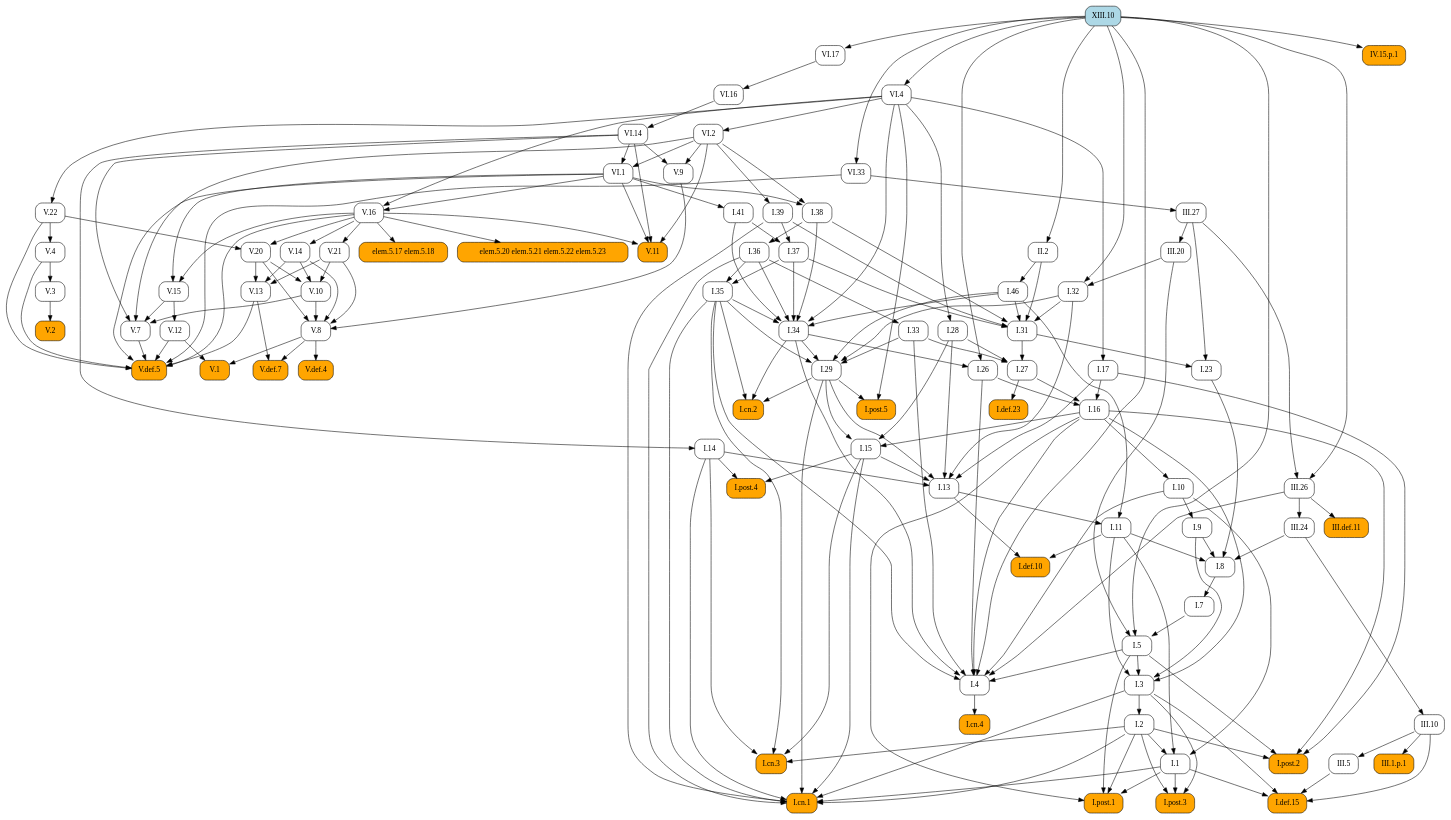
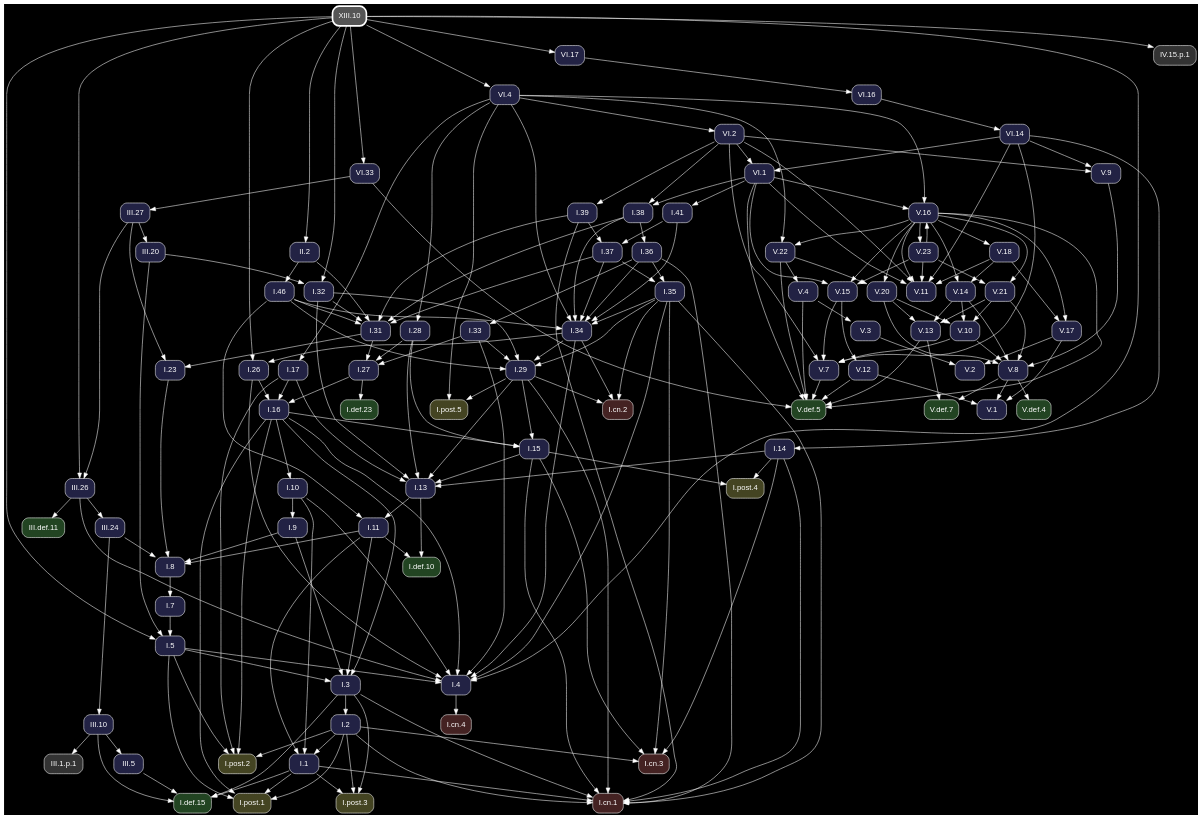
Before and after one commit to geometor/elements: the diagram in docsrc/heath/XIII/10/index.rst, drawn with Graphviz. The commit also changed other lines of this file and 1200 other files, not shown here.

Commit message:
update dependency graphs

```diff
--- a/docsrc/heath/XIII/10/index.rst
+++ b/docsrc/heath/XIII/10/index.rst
@@ -73,162 +73,232 @@
 .. graphviz::
 
    digraph {
+     bgcolor="black";
+     node [shape=box, style="rounded,filled", fontname="Helvetica", color="white", fontcolor="white"];
+     edge [color="white", fontcolor="white"];
      rankdir="TB";
-     node [shape=box, style=rounded];
-     "I.23" [URL="/heath/I/23/", target="_top"];
-     "I.9" [URL="/heath/I/9/", target="_top"];
-     "III.24" [URL="/heath/III/24/", target="_top"];
-     "I.def.15" [style="rounded,filled", fillcolor=orange, URL="/heath/I/def.15/", target="_top"];
-     "V.13" [URL="/heath/V/13/", target="_top"];
-     "IV.15.p.1" [style="rounded,filled", fillcolor=orange];
-     "V.7" [URL="/heath/V/7/", target="_top"];
-     "elem.5.17 elem.5.18" [style="rounded,filled", fillcolor=orange];
-     "I.post.1" [style="rounded,filled", fillcolor=orange, URL="/heath/I/post.1/", target="_top"];
-     "V.14" [URL="/heath/V/14/", target="_top"];
-     "III.20" [URL="/heath/III/20/", target="_top"];
-     "V.9" [URL="/heath/V/9/", target="_top"];
-     "I.31" [URL="/heath/I/31/", target="_top"];
-     "I.def.10" [style="rounded,filled", fillcolor=orange, URL="/heath/I/def.10/", target="_top"];
-     "V.10" [URL="/heath/V/10/", target="_top"];
-     "V.4" [URL="/heath/V/4/", target="_top"];
-     "VI.1" [URL="/heath/VI/1/", target="_top"];
-     "VI.14" [URL="/heath/VI/14/", target="_top"];
-     "I.39" [URL="/heath/I/39/", target="_top"];
-     "I.14" [URL="/heath/I/14/", target="_top"];
-     "V.11" [style="rounded,filled", fillcolor=orange, URL="/heath/V/11/", target="_top"];
-     "I.34" [URL="/heath/I/34/", target="_top"];
-     "I.3" [URL="/heath/I/3/", target="_top"];
-     "V.def.4" [style="rounded,filled", fillcolor=orange, URL="/heath/V/def.4/", target="_top"];
-     "V.def.7" [style="rounded,filled", fillcolor=orange, URL="/heath/V/def.7/", target="_top"];
-     "I.2" [URL="/heath/I/2/", target="_top"];
-     "V.21" [URL="/heath/V/21/", target="_top"];
-     "V.3" [URL="/heath/V/3/", target="_top"];
-     "I.13" [URL="/heath/I/13/", target="_top"];
-     "I.post.4" [style="rounded,filled", fillcolor=orange, URL="/heath/I/post.4/", target="_top"];
-     "I.4" [URL="/heath/I/4/", target="_top"];
-     "I.1" [URL="/heath/I/1/", target="_top"];
-     "I.8" [URL="/heath/I/8/", target="_top"];
-     "I.17" [URL="/heath/I/17/", target="_top"];
-     "I.29" [URL="/heath/I/29/", target="_top"];
-     "I.38" [URL="/heath/I/38/", target="_top"];
-     "V.8" [URL="/heath/V/8/", target="_top"];
-     "I.15" [URL="/heath/I/15/", target="_top"];
-     "II.2" [URL="/heath/II/2/", target="_top"];
-     "I.10" [URL="/heath/I/10/", target="_top"];
-     "I.11" [URL="/heath/I/11/", target="_top"];
-     "I.def.23" [style="rounded,filled", fillcolor=orange, URL="/heath/I/def.23/", target="_top"];
-     "XIII.10" [style="rounded,filled", fillcolor=lightblue, URL="/heath/XIII/10/", target="_top"];
-     "VI.4" [URL="/heath/VI/4/", target="_top"];
-     "I.46" [URL="/heath/I/46/", target="_top"];
-     "I.26" [URL="/heath/I/26/", target="_top"];
-     "V.16" [URL="/heath/V/16/", target="_top"];
-     "VI.16" [URL="/heath/VI/16/", target="_top"];
-     "I.33" [URL="/heath/I/33/", target="_top"];
-     "I.32" [URL="/heath/I/32/", target="_top"];
-     "III.def.11" [style="rounded,filled", fillcolor=orange, URL="/heath/III/def.11/", target="_top"];
-     "I.post.3" [style="rounded,filled", fillcolor=orange, URL="/heath/I/post.3/", target="_top"];
-     "V.def.5" [style="rounded,filled", fillcolor=orange, URL="/heath/V/def.5/", target="_top"];
-     "III.10" [URL="/heath/III/10/", target="_top"];
-     "I.27" [URL="/heath/I/27/", target="_top"];
-     "V.20" [URL="/heath/V/20/", target="_top"];
-     "V.12" [URL="/heath/V/12/", target="_top"];
-     "III.5" [URL="/heath/III/5/", target="_top"];
-     "I.35" [URL="/heath/I/35/", target="_top"];
-     "I.cn.1" [style="rounded,filled", fillcolor=orange, URL="/heath/I/cn.1/", target="_top"];
-     "V.2" [style="rounded,filled", fillcolor=orange, URL="/heath/V/2/", target="_top"];
-     "I.7" [URL="/heath/I/7/", target="_top"];
-     "III.26" [URL="/heath/III/26/", target="_top"];
-     "III.27" [URL="/heath/III/27/", target="_top"];
-     "I.36" [URL="/heath/I/36/", target="_top"];
-     "I.5" [URL="/heath/I/5/", target="_top"];
-     "I.37" [URL="/heath/I/37/", target="_top"];
-     "I.cn.3" [style="rounded,filled", fillcolor=orange, URL="/heath/I/cn.3/", target="_top"];
-     "I.16" [URL="/heath/I/16/", target="_top"];
-     "VI.33" [URL="/heath/VI/33/", target="_top"];
-     "V.1" [style="rounded,filled", fillcolor=orange, URL="/heath/V/1/", target="_top"];
-     "III.1.p.1" [style="rounded,filled", fillcolor=orange];
-     "V.22" [URL="/heath/V/22/", target="_top"];
-     "I.cn.2" [style="rounded,filled", fillcolor=orange, URL="/heath/I/cn.2/", target="_top"];
-     "I.post.5" [style="rounded,filled", fillcolor=orange, URL="/heath/I/post.5/", target="_top"];
-     "I.28" [URL="/heath/I/28/", target="_top"];
-     "VI.17" [URL="/heath/VI/17/", target="_top"];
-     "I.cn.4" [style="rounded,filled", fillcolor=orange, URL="/heath/I/cn.4/", target="_top"];
-     "V.15" [URL="/heath/V/15/", target="_top"];
-     "VI.2" [URL="/heath/VI/2/", target="_top"];
-     "I.post.2" [style="rounded,filled", fillcolor=orange, URL="/heath/I/post.2/", target="_top"];
-     "I.41" [URL="/heath/I/41/", target="_top"];
-     "elem.5.20 elem.5.21 elem.5.22 elem.5.23" [style="rounded,filled", fillcolor=orange];
-     "I.31" -> "I.23";
-     "III.27" -> "I.23";
-     "I.10" -> "I.9";
-     "III.26" -> "III.24";
-     "I.1" -> "I.def.15";
-     "I.3" -> "I.def.15";
-     "III.5" -> "I.def.15";
-     "III.10" -> "I.def.15";
+     "V.15" [fillcolor="#222244", URL="/heath/V/15/", target="_top"];
+     "IV.15.p.1" [fillcolor="#333333"];
+     "I.32" [fillcolor="#222244", URL="/heath/I/32/", target="_top"];
+     "I.cn.1" [fillcolor="#442222", URL="/heath/I/cn.1/", target="_top"];
+     "V.18" [fillcolor="#222244", URL="/heath/V/18/", target="_top"];
+     "V.14" [fillcolor="#222244", URL="/heath/V/14/", target="_top"];
+     "XIII.10" [penwidth=3, color="white", fillcolor="#555555", URL="/heath/XIII/10/", target="_top"];
+     "I.28" [fillcolor="#222244", URL="/heath/I/28/", target="_top"];
+     "I.27" [fillcolor="#222244", URL="/heath/I/27/", target="_top"];
+     "V.23" [fillcolor="#222244", URL="/heath/V/23/", target="_top"];
+     "I.2" [fillcolor="#222244", URL="/heath/I/2/", target="_top"];
+     "I.41" [fillcolor="#222244", URL="/heath/I/41/", target="_top"];
+     "I.post.4" [fillcolor="#444422", URL="/heath/I/post.4/", target="_top"];
+     "I.26" [fillcolor="#222244", URL="/heath/I/26/", target="_top"];
+     "I.8" [fillcolor="#222244", URL="/heath/I/8/", target="_top"];
+     "V.4" [fillcolor="#222244", URL="/heath/V/4/", target="_top"];
+     "III.27" [fillcolor="#222244", URL="/heath/III/27/", target="_top"];
+     "V.16" [fillcolor="#222244", URL="/heath/V/16/", target="_top"];
+     "VI.2" [fillcolor="#222244", URL="/heath/VI/2/", target="_top"];
+     "III.1.p.1" [fillcolor="#333333"];
+     "I.7" [fillcolor="#222244", URL="/heath/I/7/", target="_top"];
+     "I.5" [fillcolor="#222244", URL="/heath/I/5/", target="_top"];
+     "III.26" [fillcolor="#222244", URL="/heath/III/26/", target="_top"];
+     "V.11" [fillcolor="#222244", URL="/heath/V/11/", target="_top"];
+     "V.def.4" [fillcolor="#224422", URL="/heath/V/def.4/", target="_top"];
+     "V.20" [fillcolor="#222244", URL="/heath/V/20/", target="_top"];
+     "I.11" [fillcolor="#222244", URL="/heath/I/11/", target="_top"];
+     "I.37" [fillcolor="#222244", URL="/heath/I/37/", target="_top"];
+     "I.cn.3" [fillcolor="#442222", URL="/heath/I/cn.3/", target="_top"];
+     "I.36" [fillcolor="#222244", URL="/heath/I/36/", target="_top"];
+     "I.38" [fillcolor="#222244", URL="/heath/I/38/", target="_top"];
+     "I.post.2" [fillcolor="#444422", URL="/heath/I/post.2/", target="_top"];
+     "I.def.23" [fillcolor="#224422", URL="/heath/I/def.23/", target="_top"];
+     "I.35" [fillcolor="#222244", URL="/heath/I/35/", target="_top"];
+     "I.post.3" [fillcolor="#444422", URL="/heath/I/post.3/", target="_top"];
+     "V.13" [fillcolor="#222244", URL="/heath/V/13/", target="_top"];
+     "V.8" [fillcolor="#222244", URL="/heath/V/8/", target="_top"];
+     "I.33" [fillcolor="#222244", URL="/heath/I/33/", target="_top"];
+     "III.20" [fillcolor="#222244", URL="/heath/III/20/", target="_top"];
+     "VI.17" [fillcolor="#222244", URL="/heath/VI/17/", target="_top"];
+     "V.10" [fillcolor="#222244", URL="/heath/V/10/", target="_top"];
+     "III.def.11" [fillcolor="#224422", URL="/heath/III/def.11/", target="_top"];
+     "I.17" [fillcolor="#222244", URL="/heath/I/17/", target="_top"];
+     "V.def.5" [fillcolor="#224422", URL="/heath/V/def.5/", target="_top"];
+     "V.22" [fillcolor="#222244", URL="/heath/V/22/", target="_top"];
+     "I.31" [fillcolor="#222244", URL="/heath/I/31/", target="_top"];
+     "I.3" [fillcolor="#222244", URL="/heath/I/3/", target="_top"];
+     "V.12" [fillcolor="#222244", URL="/heath/V/12/", target="_top"];
+     "I.def.10" [fillcolor="#224422", URL="/heath/I/def.10/", target="_top"];
+     "I.15" [fillcolor="#222244", URL="/heath/I/15/", target="_top"];
+     "I.39" [fillcolor="#222244", URL="/heath/I/39/", target="_top"];
+     "I.13" [fillcolor="#222244", URL="/heath/I/13/", target="_top"];
+     "I.cn.2" [fillcolor="#442222", URL="/heath/I/cn.2/", target="_top"];
+     "I.9" [fillcolor="#222244", URL="/heath/I/9/", target="_top"];
+     "I.1" [fillcolor="#222244", URL="/heath/I/1/", target="_top"];
+     "I.post.5" [fillcolor="#444422", URL="/heath/I/post.5/", target="_top"];
+     "VI.14" [fillcolor="#222244", URL="/heath/VI/14/", target="_top"];
+     "I.23" [fillcolor="#222244", URL="/heath/I/23/", target="_top"];
+     "III.24" [fillcolor="#222244", URL="/heath/III/24/", target="_top"];
+     "I.4" [fillcolor="#222244", URL="/heath/I/4/", target="_top"];
+     "VI.4" [fillcolor="#222244", URL="/heath/VI/4/", target="_top"];
+     "V.7" [fillcolor="#222244", URL="/heath/V/7/", target="_top"];
+     "V.9" [fillcolor="#222244", URL="/heath/V/9/", target="_top"];
+     "VI.1" [fillcolor="#222244", URL="/heath/VI/1/", target="_top"];
+     "I.10" [fillcolor="#222244", URL="/heath/I/10/", target="_top"];
+     "I.46" [fillcolor="#222244", URL="/heath/I/46/", target="_top"];
+     "III.10" [fillcolor="#222244", URL="/heath/III/10/", target="_top"];
+     "V.def.7" [fillcolor="#224422", URL="/heath/V/def.7/", target="_top"];
+     "I.post.1" [fillcolor="#444422", URL="/heath/I/post.1/", target="_top"];
+     "VI.33" [fillcolor="#222244", URL="/heath/VI/33/", target="_top"];
+     "I.16" [fillcolor="#222244", URL="/heath/I/16/", target="_top"];
+     "I.29" [fillcolor="#222244", URL="/heath/I/29/", target="_top"];
+     "VI.16" [fillcolor="#222244", URL="/heath/VI/16/", target="_top"];
+     "I.cn.4" [fillcolor="#442222", URL="/heath/I/cn.4/", target="_top"];
+     "I.14" [fillcolor="#222244", URL="/heath/I/14/", target="_top"];
+     "V.2" [fillcolor="#222244", URL="/heath/V/2/", target="_top"];
+     "V.1" [fillcolor="#222244", URL="/heath/V/1/", target="_top"];
+     "V.21" [fillcolor="#222244", URL="/heath/V/21/", target="_top"];
+     "I.34" [fillcolor="#222244", URL="/heath/I/34/", target="_top"];
+     "III.5" [fillcolor="#222244", URL="/heath/III/5/", target="_top"];
+     "I.def.15" [fillcolor="#224422", URL="/heath/I/def.15/", target="_top"];
+     "V.3" [fillcolor="#222244", URL="/heath/V/3/", target="_top"];
+     "V.17" [fillcolor="#222244", URL="/heath/V/17/", target="_top"];
+     "II.2" [fillcolor="#222244", URL="/heath/II/2/", target="_top"];
+     "V.16" -> "V.15";
+     "V.23" -> "V.15";
+     "VI.1" -> "V.15";
+     "XIII.10" -> "IV.15.p.1";
+     "III.20" -> "I.32";
+     "XIII.10" -> "I.32";
+     "I.1" -> "I.cn.1";
+     "I.2" -> "I.cn.1";
+     "I.3" -> "I.cn.1";
+     "I.14" -> "I.cn.1";
+     "I.15" -> "I.cn.1";
+     "I.29" -> "I.cn.1";
+     "I.35" -> "I.cn.1";
+     "I.36" -> "I.cn.1";
+     "I.39" -> "I.cn.1";
+     "V.16" -> "V.18";
+     "V.16" -> "V.14";
+     "V.18" -> "V.14";
+     "VI.4" -> "I.28";
+     "I.28" -> "I.27";
+     "I.31" -> "I.27";
+     "I.33" -> "I.27";
+     "V.16" -> "V.23";
+     "I.3" -> "I.2";
+     "VI.1" -> "I.41";
+     "I.14" -> "I.post.4";
+     "I.15" -> "I.post.4";
+     "I.34" -> "I.26";
+     "XIII.10" -> "I.26";
+     "I.9" -> "I.8";
+     "I.11" -> "I.8";
+     "I.23" -> "I.8";
+     "III.24" -> "I.8";
+     "V.22" -> "V.4";
+     "VI.33" -> "III.27";
+     "V.23" -> "V.16";
+     "VI.1" -> "V.16";
+     "VI.4" -> "V.16";
+     "VI.4" -> "VI.2";
+     "III.10" -> "III.1.p.1";
+     "I.8" -> "I.7";
+     "I.7" -> "I.5";
+     "III.20" -> "I.5";
+     "XIII.10" -> "I.5";
+     "III.27" -> "III.26";
+     "XIII.10" -> "III.26";
+     "V.16" -> "V.11";
+     "V.18" -> "V.11";
+     "V.23" -> "V.11";
+     "VI.1" -> "V.11";
+     "VI.2" -> "V.11";
+     "VI.14" -> "V.11";
+     "V.8" -> "V.def.4";
+     "V.16" -> "V.20";
+     "V.22" -> "V.20";
+     "I.13" -> "I.11";
+     "I.46" -> "I.11";
+     "I.39" -> "I.37";
+     "I.41" -> "I.37";
+     "I.2" -> "I.cn.3";
+     "I.14" -> "I.cn.3";
+     "I.15" -> "I.cn.3";
+     "I.35" -> "I.cn.3";
+     "I.38" -> "I.36";
+     "VI.1" -> "I.38";
+     "VI.2" -> "I.38";
+     "I.2" -> "I.post.2";
+     "I.5" -> "I.post.2";
+     "I.16" -> "I.post.2";
+     "I.17" -> "I.post.2";
+     "I.27" -> "I.def.23";
+     "I.36" -> "I.35";
+     "I.37" -> "I.35";
+     "I.1" -> "I.post.3";
+     "I.2" -> "I.post.3";
+     "I.3" -> "I.post.3";
      "V.14" -> "V.13";
      "V.20" -> "V.13";
      "V.21" -> "V.13";
-     "XIII.10" -> "IV.15.p.1";
-     "V.10" -> "V.7";
-     "V.15" -> "V.7";
-     "VI.2" -> "V.7";
-     "VI.14" -> "V.7";
-     "V.16" -> "elem.5.17 elem.5.18";
-     "I.1" -> "I.post.1";
-     "I.2" -> "I.post.1";
-     "I.5" -> "I.post.1";
-     "I.16" -> "I.post.1";
-     "V.16" -> "V.14";
+     "V.9" -> "V.8";
+     "V.10" -> "V.8";
+     "V.14" -> "V.8";
+     "V.20" -> "V.8";
+     "V.21" -> "V.8";
+     "I.36" -> "I.33";
      "III.27" -> "III.20";
-     "VI.2" -> "V.9";
-     "VI.14" -> "V.9";
+     "XIII.10" -> "VI.17";
+     "V.14" -> "V.10";
+     "V.20" -> "V.10";
+     "V.21" -> "V.10";
+     "III.26" -> "III.def.11";
+     "VI.4" -> "I.17";
+     "V.4" -> "V.def.5";
+     "V.7" -> "V.def.5";
+     "V.12" -> "V.def.5";
+     "V.13" -> "V.def.5";
+     "V.16" -> "V.def.5";
+     "V.22" -> "V.def.5";
+     "VI.1" -> "V.def.5";
+     "VI.33" -> "V.def.5";
+     "V.16" -> "V.22";
+     "VI.4" -> "V.22";
      "I.32" -> "I.31";
      "I.37" -> "I.31";
      "I.38" -> "I.31";
      "I.39" -> "I.31";
      "I.46" -> "I.31";
      "II.2" -> "I.31";
-     "I.11" -> "I.def.10";
-     "I.13" -> "I.def.10";
-     "V.14" -> "V.10";
-     "V.20" -> "V.10";
-     "V.21" -> "V.10";
-     "V.22" -> "V.4";
-     "VI.2" -> "VI.1";
-     "VI.14" -> "VI.1";
-     "VI.16" -> "VI.14";
-     "VI.2" -> "I.39";
-     "VI.14" -> "I.14";
-     "V.16" -> "V.11";
-     "VI.1" -> "V.11";
-     "VI.2" -> "V.11";
-     "VI.14" -> "V.11";
-     "I.35" -> "I.34";
-     "I.36" -> "I.34";
-     "I.37" -> "I.34";
-     "I.38" -> "I.34";
-     "I.41" -> "I.34";
-     "I.46" -> "I.34";
-     "VI.4" -> "I.34";
      "I.5" -> "I.3";
      "I.9" -> "I.3";
      "I.11" -> "I.3";
      "I.16" -> "I.3";
-     "V.8" -> "V.def.4";
-     "V.8" -> "V.def.7";
-     "V.13" -> "V.def.7";
-     "I.3" -> "I.2";
-     "V.16" -> "V.21";
-     "V.4" -> "V.3";
+     "V.15" -> "V.12";
+     "I.11" -> "I.def.10";
+     "I.13" -> "I.def.10";
+     "I.16" -> "I.15";
+     "I.28" -> "I.15";
+     "I.29" -> "I.15";
+     "VI.2" -> "I.39";
      "I.14" -> "I.13";
      "I.15" -> "I.13";
      "I.17" -> "I.13";
      "I.28" -> "I.13";
      "I.29" -> "I.13";
      "I.32" -> "I.13";
-     "I.14" -> "I.post.4";
-     "I.15" -> "I.post.4";
+     "I.29" -> "I.cn.2";
+     "I.34" -> "I.cn.2";
+     "I.35" -> "I.cn.2";
+     "I.10" -> "I.9";
+     "I.2" -> "I.1";
+     "I.10" -> "I.1";
+     "I.11" -> "I.1";
+     "I.29" -> "I.post.5";
+     "VI.4" -> "I.post.5";
+     "VI.16" -> "VI.14";
+     "I.31" -> "I.23";
+     "III.27" -> "I.23";
+     "III.26" -> "III.24";
      "I.5" -> "I.4";
      "I.10" -> "I.4";
      "I.16" -> "I.4";
@@ -238,113 +308,57 @@
      "I.35" -> "I.4";
      "III.26" -> "I.4";
      "XIII.10" -> "I.4";
-     "I.2" -> "I.1";
-     "I.10" -> "I.1";
-     "I.11" -> "I.1";
-     "I.9" -> "I.8";
-     "I.11" -> "I.8";
-     "I.23" -> "I.8";
-     "III.24" -> "I.8";
-     "VI.4" -> "I.17";
+     "XIII.10" -> "VI.4";
+     "V.10" -> "V.7";
+     "V.15" -> "V.7";
+     "VI.2" -> "V.7";
+     "VI.14" -> "V.7";
+     "VI.2" -> "V.9";
+     "VI.14" -> "V.9";
+     "VI.2" -> "VI.1";
+     "VI.14" -> "VI.1";
+     "I.16" -> "I.10";
+     "II.2" -> "I.46";
+     "III.24" -> "III.10";
+     "V.8" -> "V.def.7";
+     "V.13" -> "V.def.7";
+     "I.1" -> "I.post.1";
+     "I.2" -> "I.post.1";
+     "I.5" -> "I.post.1";
+     "I.16" -> "I.post.1";
+     "XIII.10" -> "VI.33";
+     "I.17" -> "I.16";
+     "I.26" -> "I.16";
+     "I.27" -> "I.16";
      "I.32" -> "I.29";
      "I.33" -> "I.29";
      "I.34" -> "I.29";
      "I.35" -> "I.29";
      "I.46" -> "I.29";
-     "VI.1" -> "I.38";
-     "VI.2" -> "I.38";
-     "V.9" -> "V.8";
-     "V.10" -> "V.8";
-     "V.14" -> "V.8";
-     "V.20" -> "V.8";
-     "V.21" -> "V.8";
-     "I.16" -> "I.15";
-     "I.28" -> "I.15";
-     "I.29" -> "I.15";
-     "XIII.10" -> "II.2";
-     "I.16" -> "I.10";
-     "I.13" -> "I.11";
-     "I.46" -> "I.11";
-     "I.27" -> "I.def.23";
-     "XIII.10" -> "VI.4";
-     "II.2" -> "I.46";
-     "I.34" -> "I.26";
-     "XIII.10" -> "I.26";
-     "VI.1" -> "V.16";
-     "VI.4" -> "V.16";
      "VI.17" -> "VI.16";
-     "I.36" -> "I.33";
-     "III.20" -> "I.32";
-     "XIII.10" -> "I.32";
-     "III.26" -> "III.def.11";
-     "I.1" -> "I.post.3";
-     "I.2" -> "I.post.3";
-     "I.3" -> "I.post.3";
-     "V.4" -> "V.def.5";
-     "V.7" -> "V.def.5";
-     "V.12" -> "V.def.5";
-     "V.13" -> "V.def.5";
-     "V.16" -> "V.def.5";
-     "V.22" -> "V.def.5";
-     "VI.1" -> "V.def.5";
-     "VI.33" -> "V.def.5";
-     "III.24" -> "III.10";
-     "I.28" -> "I.27";
-     "I.31" -> "I.27";
-     "I.33" -> "I.27";
-     "V.16" -> "V.20";
-     "V.22" -> "V.20";
-     "V.15" -> "V.12";
-     "III.10" -> "III.5";
-     "I.36" -> "I.35";
-     "I.37" -> "I.35";
-     "I.1" -> "I.cn.1";
-     "I.2" -> "I.cn.1";
-     "I.3" -> "I.cn.1";
-     "I.14" -> "I.cn.1";
-     "I.15" -> "I.cn.1";
-     "I.29" -> "I.cn.1";
-     "I.35" -> "I.cn.1";
-     "I.36" -> "I.cn.1";
-     "I.39" -> "I.cn.1";
+     "I.4" -> "I.cn.4";
+     "VI.14" -> "I.14";
      "V.3" -> "V.2";
-     "I.8" -> "I.7";
-     "III.27" -> "III.26";
-     "XIII.10" -> "III.26";
-     "VI.33" -> "III.27";
-     "I.38" -> "I.36";
-     "I.7" -> "I.5";
-     "III.20" -> "I.5";
-     "XIII.10" -> "I.5";
-     "I.39" -> "I.37";
-     "I.41" -> "I.37";
-     "I.2" -> "I.cn.3";
-     "I.14" -> "I.cn.3";
-     "I.15" -> "I.cn.3";
-     "I.35" -> "I.cn.3";
-     "I.17" -> "I.16";
-     "I.26" -> "I.16";
-     "I.27" -> "I.16";
-     "XIII.10" -> "VI.33";
+     "V.17" -> "V.2";
      "V.8" -> "V.1";
      "V.12" -> "V.1";
-     "III.10" -> "III.1.p.1";
-     "VI.4" -> "V.22";
-     "I.29" -> "I.cn.2";
-     "I.34" -> "I.cn.2";
-     "I.35" -> "I.cn.2";
-     "I.29" -> "I.post.5";
-     "VI.4" -> "I.post.5";
-     "VI.4" -> "I.28";
-     "XIII.10" -> "VI.17";
-     "I.4" -> "I.cn.4";
-     "V.16" -> "V.15";
-     "VI.1" -> "V.15";
-     "VI.4" -> "VI.2";
-     "I.2" -> "I.post.2";
-     "I.5" -> "I.post.2";
-     "I.16" -> "I.post.2";
-     "I.17" -> "I.post.2";
-     "VI.1" -> "I.41";
-     "V.16" -> "elem.5.20 elem.5.21 elem.5.22 elem.5.23";
+     "V.17" -> "V.1";
+     "V.16" -> "V.21";
+     "V.23" -> "V.21";
+     "I.35" -> "I.34";
+     "I.36" -> "I.34";
+     "I.37" -> "I.34";
+     "I.38" -> "I.34";
+     "I.41" -> "I.34";
+     "I.46" -> "I.34";
+     "VI.4" -> "I.34";
+     "III.10" -> "III.5";
+     "I.1" -> "I.def.15";
+     "I.3" -> "I.def.15";
+     "III.5" -> "I.def.15";
+     "III.10" -> "I.def.15";
+     "V.4" -> "V.3";
+     "V.16" -> "V.17";
+     "V.18" -> "V.17";
+     "XIII.10" -> "II.2";
    }
```
